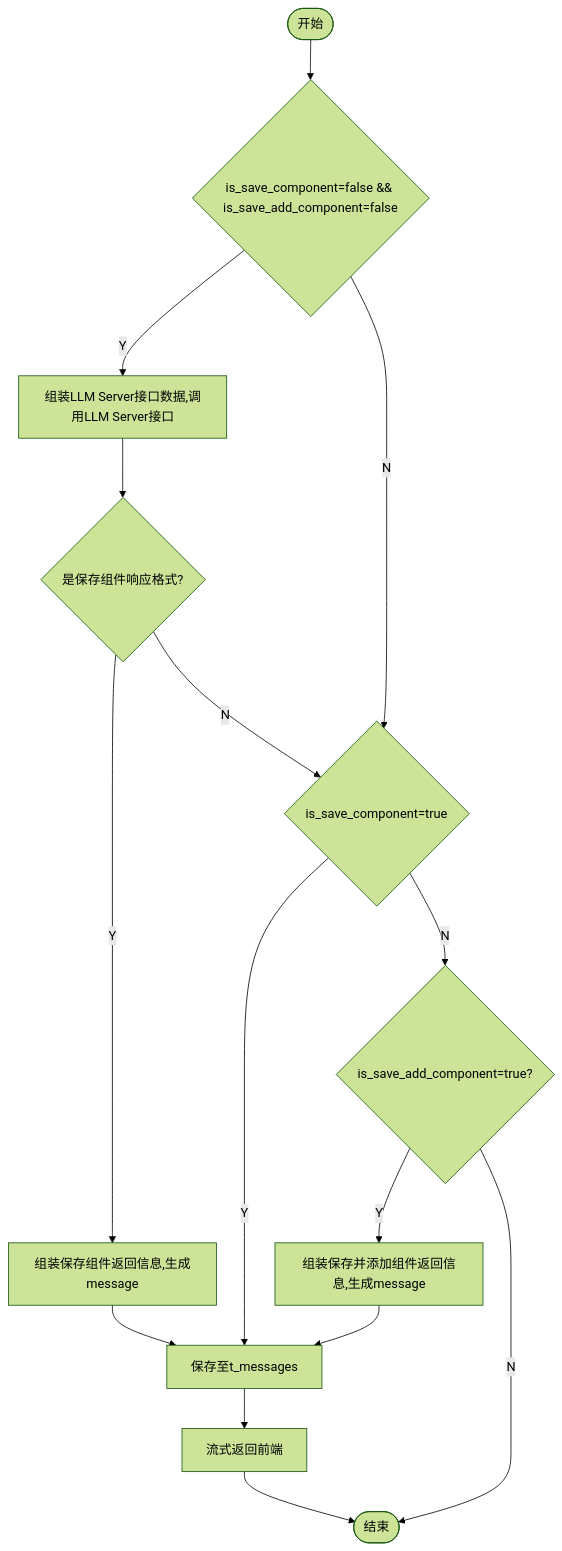
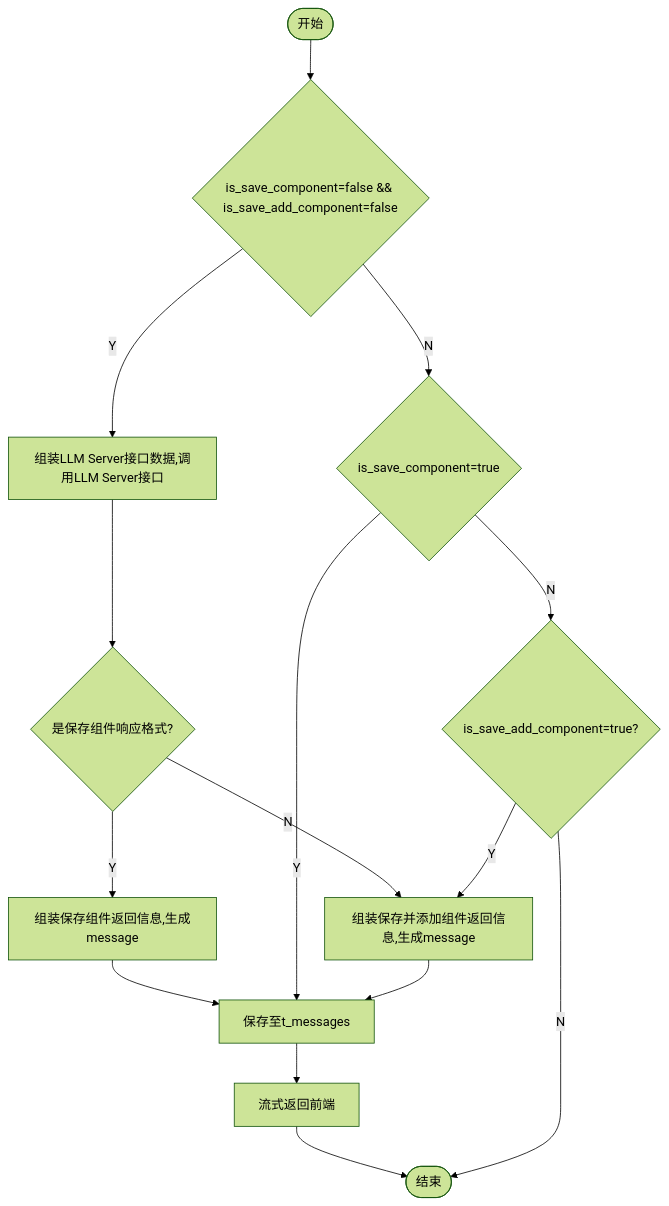
One commit to yingjianzh/iodraw-files changed the diagram in all/未命名-7.md. Above: the diagram before and after it, drawn with Mermaid (forest theme).

Commit message:
2024-10-12 14:06:51 update

````diff
--- a/all/未命名-7.md
+++ b/all/未命名-7.md
@@ -1,18 +1,18 @@
 ```mermaid
 flowchart TD
     A([开始]) --> B{is_save_component=false && is_save_add_component=false}
     B -- Y --> C[组装LLM Server接口数据,调用LLM Server接口]
     B -- N --> D{is_save_component=true}
     C --> E{是保存组件响应格式?}
     E -- Y --> F[组装保存组件返回信息,生成message]
-    E -- N --> D
+    E -- N --> K
     F --> G[保存至t_messages]
     G --> H[流式返回前端]
     H --> I([结束])
     D -- Y --> G
     D -- N --> J{is_save_add_component=true?}
     J -- Y --> K[组装保存并添加组件返回信息,生成message]
     K --> G
     J -- N --> I
 
 ```
````
